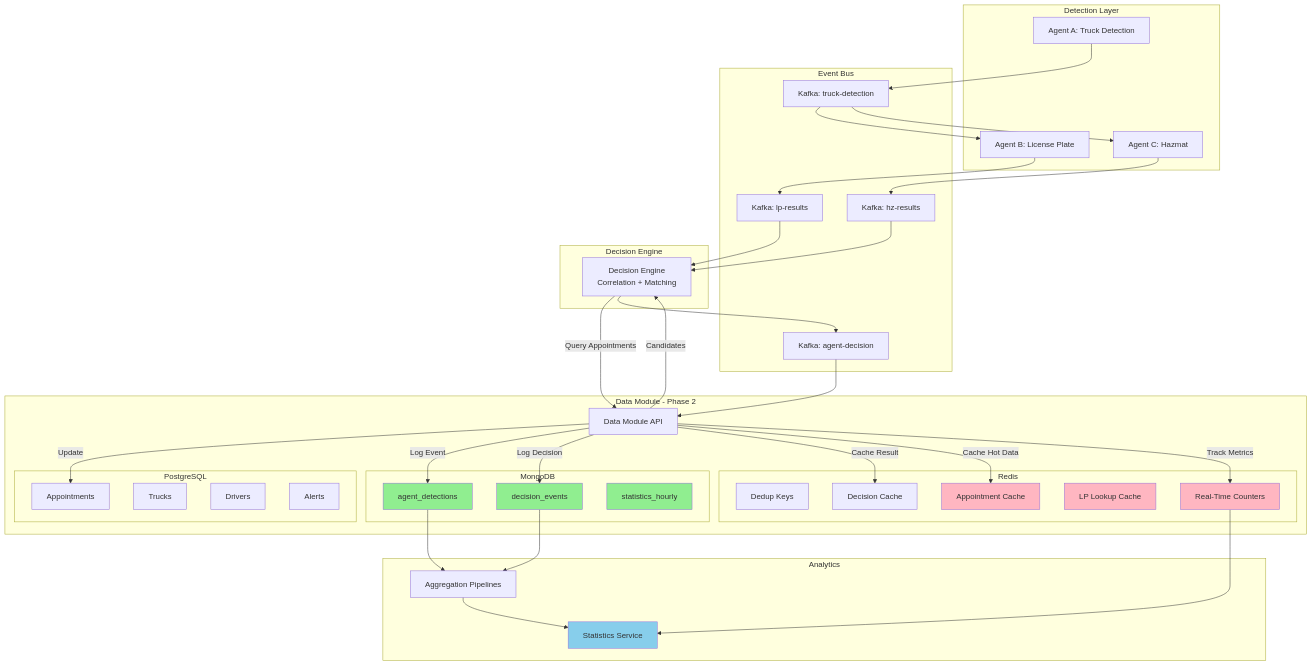
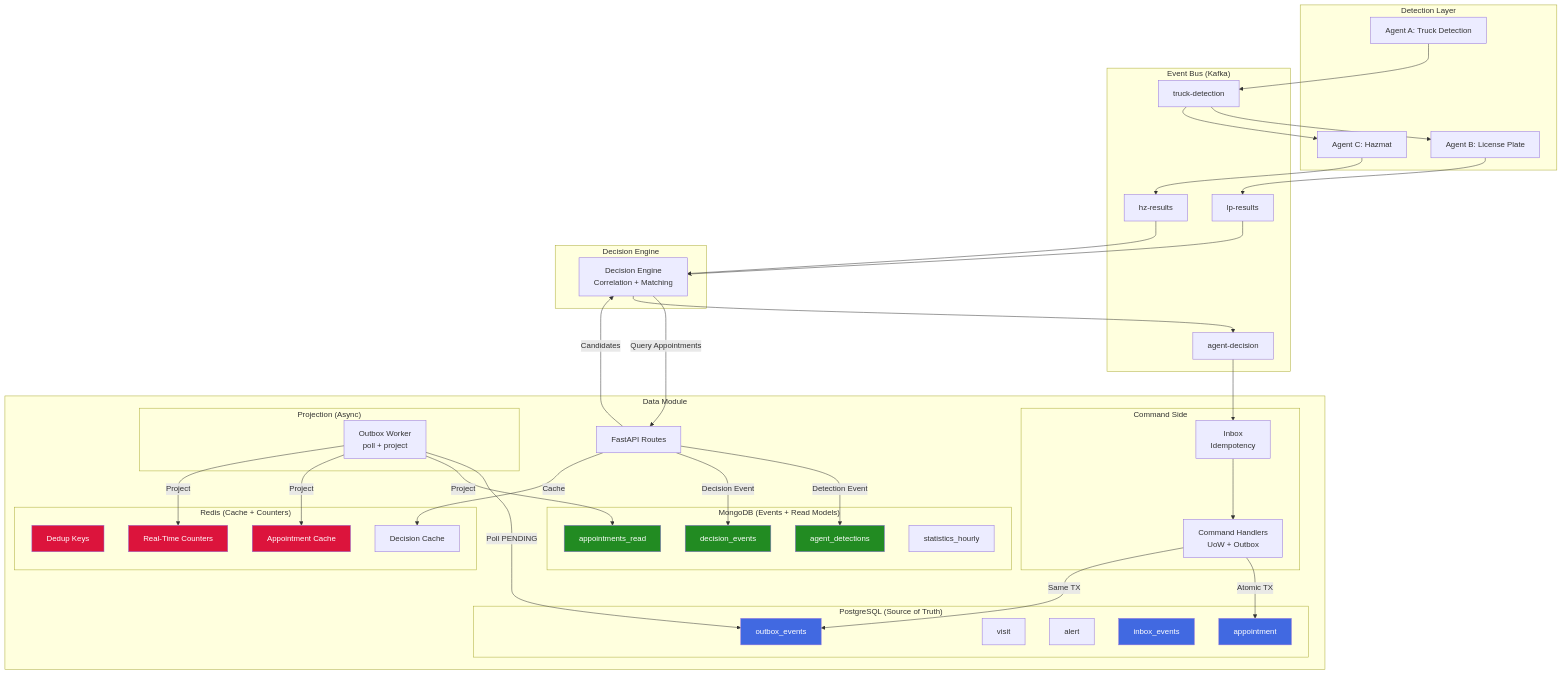
The diagram in docs/bd/Nao_Relacional/Phase2-NoSql-Event_Flow.md (PEI-HAZARDS/IntelligentLogistics), drawn with Mermaid before and after one commit. The commit also changed other lines of this file and 3 other files, not shown here.

Commit message:
Refactor Data Module README.md: Update architecture overview, project structure, and API documentation for clarity and accuracy. Enhance descriptions of design patterns and database usage, and streamline sections on driver authentication and data flow.

````diff
--- a/docs/bd/Nao_Relacional/Phase2-NoSql-Event_Flow.md
+++ b/docs/bd/Nao_Relacional/Phase2-NoSql-Event_Flow.md
@@ -9,80 +11,88 @@
         B[Agent B: License Plate]
         C[Agent C: Hazmat]
     end
-    
-    subgraph "Event Bus"
-        K1[Kafka: truck-detection]
-        K2[Kafka: lp-results]
-        K3[Kafka: hz-results]
-        K4[Kafka: agent-decision]
+
+    subgraph "Event Bus (Kafka)"
+        K1[truck-detection]
+        K2[lp-results]
+        K3[hz-results]
+        K4[agent-decision]
     end
-    
+
     subgraph "Decision Engine"
         DE[Decision Engine<br/>Correlation + Matching]
     end
-    
-    subgraph "Data Module - Phase 2"
-        DM[Data Module API]
-        
-        subgraph "PostgreSQL"
-            PG_A[Appointments]
-            PG_T[Trucks]
-            PG_D[Drivers]
-            PG_AL[Alerts]
+
+    subgraph "Data Module"
+        DM[FastAPI Routes]
+
+        subgraph "Command Side"
+            CMD[Command Handlers<br/>UoW + Outbox]
+            INBOX[Inbox<br/>Idempotency]
         end
-        
-        subgraph "MongoDB"
+
+        subgraph "PostgreSQL (Source of Truth)"
+            PG_A[appointment]
+            PG_V[visit]
+            PG_AL[alert]
+            PG_IN[inbox_events]
+            PG_OUT[outbox_events]
+        end
+
+        subgraph "Projection (Async)"
+            OW[Outbox Worker<br/>poll + project]
+        end
+
+        subgraph "MongoDB (Events + Read Models)"
             MG_AD[agent_detections]
             MG_DE[decision_events]
+            MG_AR[appointments_read]
             MG_SH[statistics_hourly]
         end
-        
-        subgraph "Redis"
+
+        subgraph "Redis (Cache + Counters)"
             RD_DD[Dedup Keys]
             RD_DC[Decision Cache]
             RD_AP[Appointment Cache]
-            RD_LP[LP Lookup Cache]
             RD_CT[Real-Time Counters]
         end
     end
-    
-    subgraph "Analytics"
-        STAT[Statistics Service]
-        AGG[Aggregation Pipelines]
-    end
-    
+
     A --> K1
     B --> K2
     C --> K3
-    
+
     K1 --> B
     K1 --> C
     K2 --> DE
     K3 --> DE
-    
+
     DE -->|Query Appointments| DM
     DM -->|Candidates| DE
-    
+
     DE --> K4
-    K4 --> DM
-    
-    DM -->|Update| PG_A
-    DM -->|Log Event| MG_AD
-    DM -->|Log Decision| MG_DE
-    DM -->|Cache Result| RD_DC
-    DM -->|Cache Hot Data| RD_AP
-    DM -->|Track Metrics| RD_CT
-    
-    MG_AD --> AGG
-    MG_DE --> AGG
-    RD_CT --> STAT
-    AGG --> STAT
-    
-    style MG_AD fill:#90EE90
-    style MG_DE fill:#90EE90
-    style MG_SH fill:#90EE90
-    style RD_AP fill:#FFB6C1
-    style RD_LP fill:#FFB6C1
-    style RD_CT fill:#FFB6C1
-    style STAT fill:#87CEEB
+    K4 --> INBOX
+    INBOX --> CMD
+
+    CMD -->|Atomic TX| PG_A
+    CMD -->|Same TX| PG_OUT
+
+    OW -->|Poll PENDING| PG_OUT
+    OW -->|Project| MG_AR
+    OW -->|Project| RD_AP
+    OW -->|Project| RD_CT
+
+    DM -->|Detection Event| MG_AD
+    DM -->|Decision Event| MG_DE
+    DM -->|Cache| RD_DC
+
+    style PG_A fill:#4169E1,color:white
+    style PG_OUT fill:#4169E1,color:white
+    style PG_IN fill:#4169E1,color:white
+    style MG_AD fill:#228B22,color:white
+    style MG_DE fill:#228B22,color:white
+    style MG_AR fill:#228B22,color:white
+    style RD_AP fill:#DC143C,color:white
+    style RD_CT fill:#DC143C,color:white
+    style RD_DD fill:#DC143C,color:white
 ```
````
